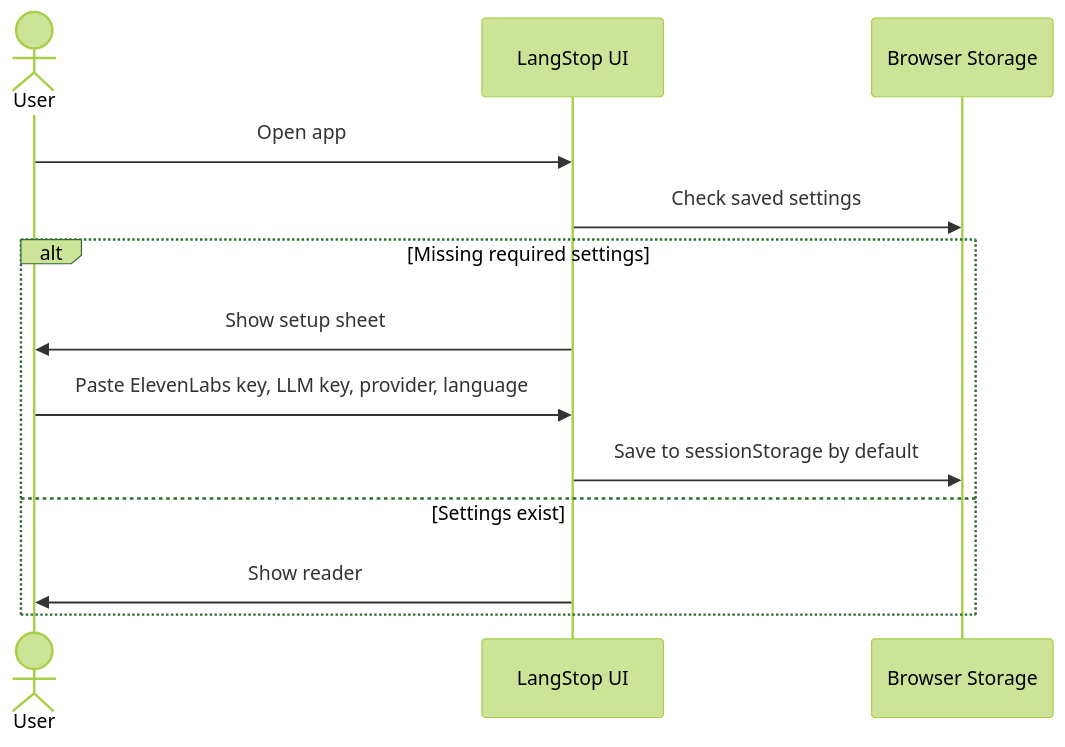
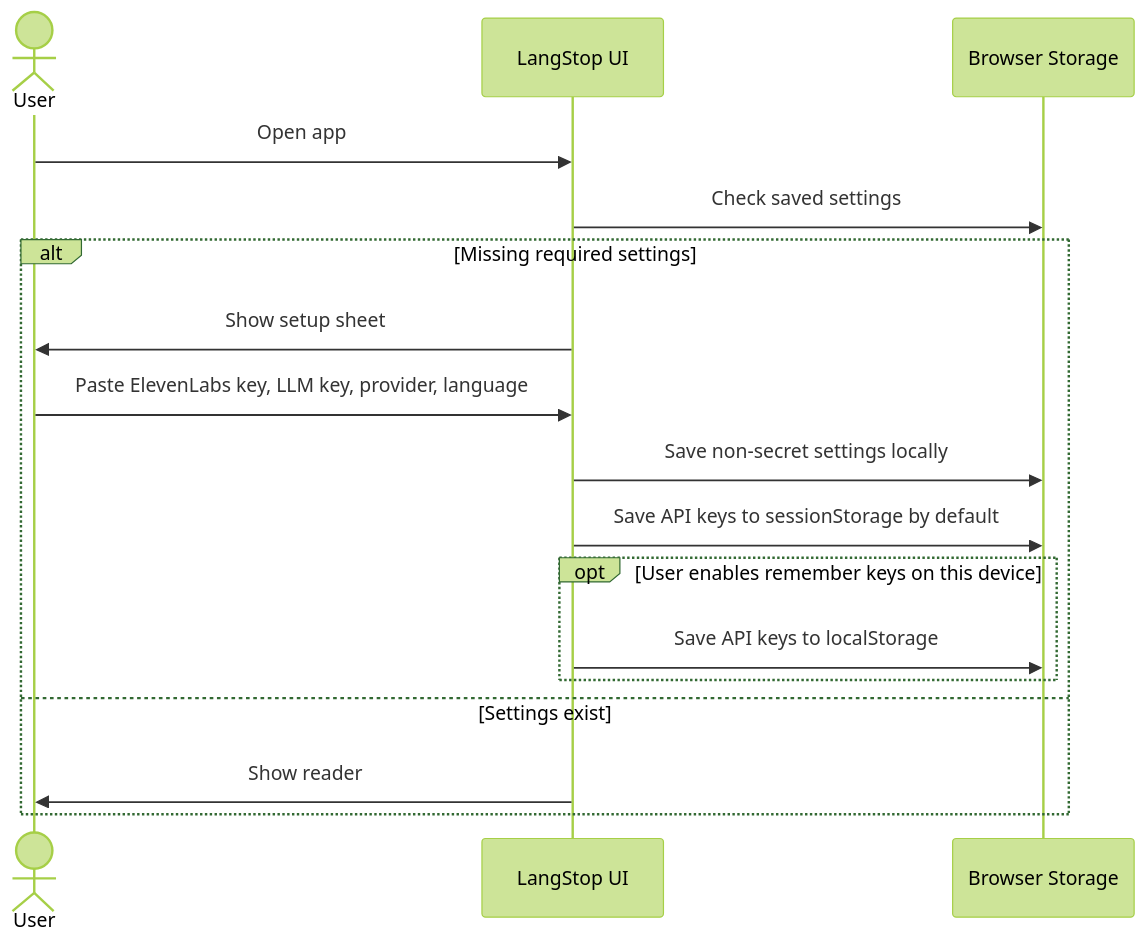
One commit to yc1838/LangStop changed the first of 10 diagrams in docs/interaction-workflows.md. Above: the diagram before and after it, drawn with Mermaid (forest theme). The commit also changed other lines of this file and 17 other files, not shown here.

````diff
--- a/docs/interaction-workflows.md
+++ b/docs/interaction-workflows.md
@@ -7,16 +7,20 @@
 ```mermaid
 sequenceDiagram
     actor User
     participant UI as LangStop UI
     participant Store as Browser Storage
 
     User->>UI: Open app
     UI->>Store: Check saved settings
     alt Missing required settings
         UI->>User: Show setup sheet
         User->>UI: Paste ElevenLabs key, LLM key, provider, language
-        UI->>Store: Save to sessionStorage by default
+        UI->>Store: Save non-secret settings locally
+        UI->>Store: Save API keys to sessionStorage by default
+        opt User enables remember keys on this device
+            UI->>Store: Save API keys to localStorage
+        end
     else Settings exist
         UI->>User: Show reader
     end
 ```
````
